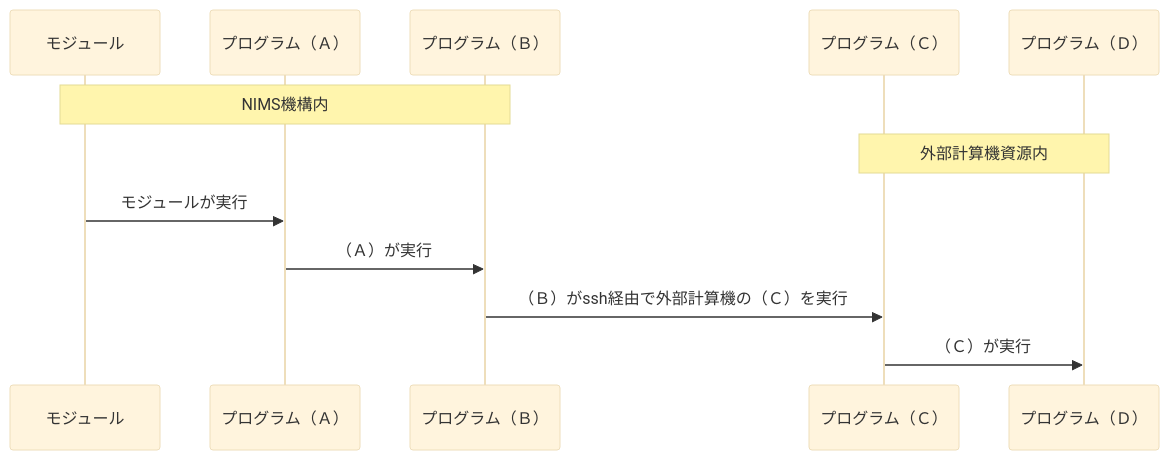
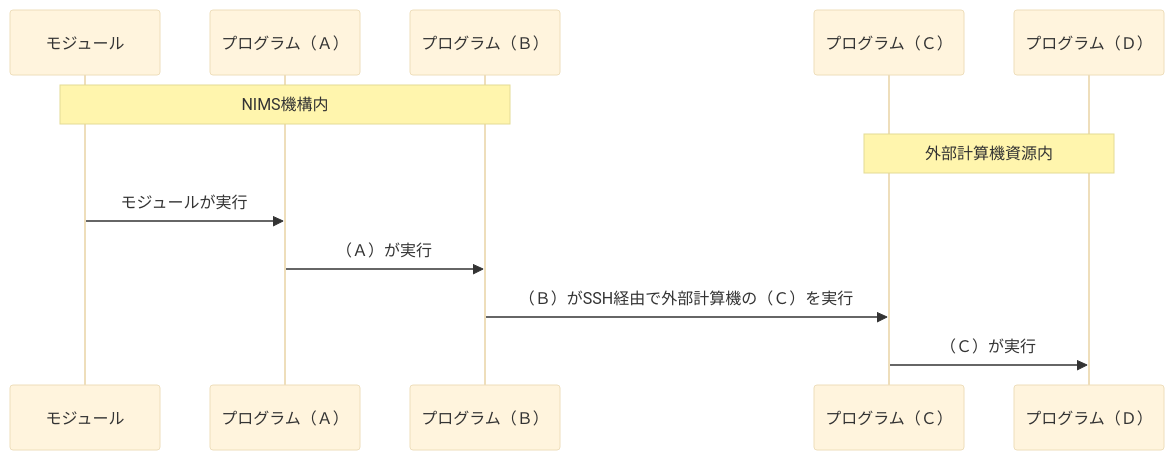
One commit to materialsintegration/remote_workflow changed the second of 4 diagrams in documents/manual2nd/source/using_distributed_properties.rst. Above: the diagram before and after it, drawn with Mermaid (base theme). The commit also changed other lines of this file, not shown here.

```diff
--- a/documents/manual2nd/source/using_distributed_properties.rst
+++ b/documents/manual2nd/source/using_distributed_properties.rst
@@ -216,19 +216,19 @@
 .. mermaid::
    :caption: SSH接続経由によるコマンド実行の流れ
    :align: center
 
    sequenceDiagram;
 
      participant A as モジュール
      participant B as プログラム（Ａ）
      participant C as プログラム（Ｂ）
      participant D as プログラム（Ｃ）
      participant E as プログラム（Ｄ）
 
      Note over A,C : NIMS機構内
      Note over D,E : 外部計算機資源内
 
      A->>B:モジュールが実行
      B->>C:（Ａ）が実行
-     C->>D:（Ｂ）がssh経由で外部計算機の（Ｃ）を実行
+     C->>D:（Ｂ）がSSH経由で外部計算機の（Ｃ）を実行
      D->>E:（Ｃ）が実行
```
